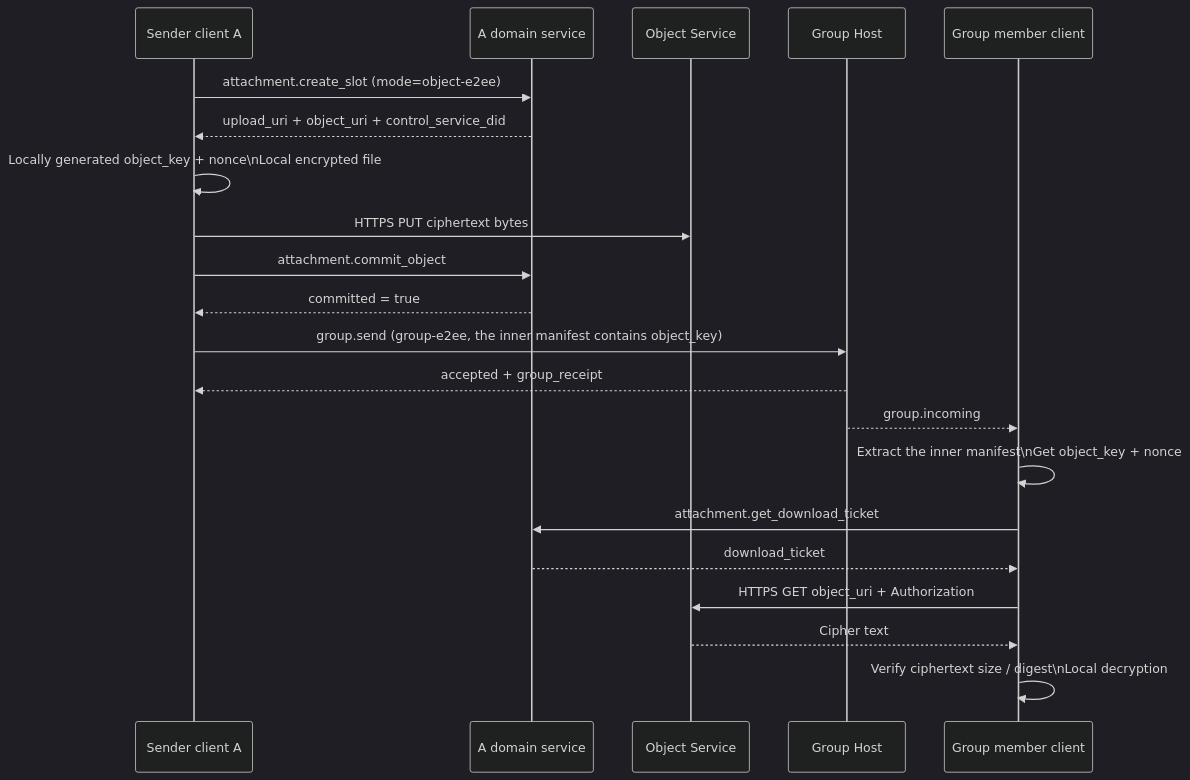
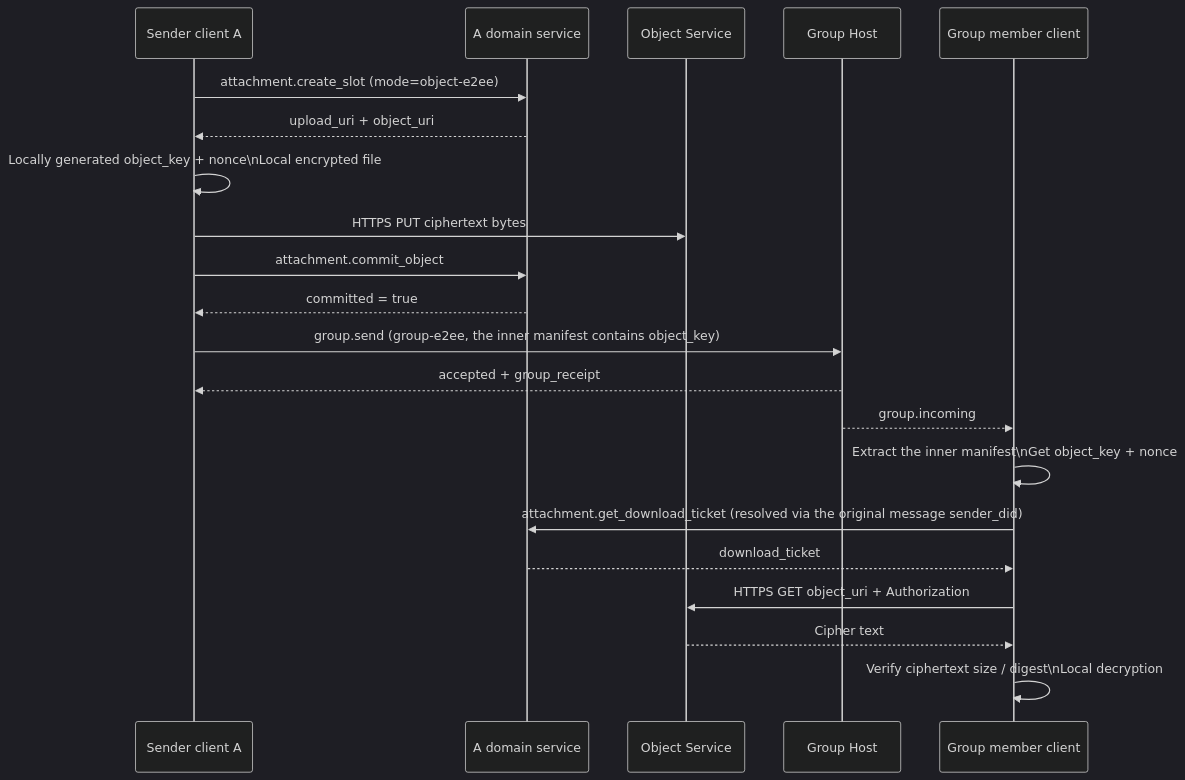
The fifth of 5 diagrams in message/07-attachments-and-object-transfer.md (NeatNerdPrime/AgentNetworkProtocol), drawn with Mermaid (dark theme) before and after one commit. The commit also changed other lines of this file and 3 other files, not shown here.

````diff
--- a/message/07-attachments-and-object-transfer.md
+++ b/message/07-attachments-and-object-transfer.md
@@ -273,24 +273,24 @@
 ```mermaid
 sequenceDiagram
     participant A as Sender client A
     participant AS as A domain service
     participant OS as Object Service
     participant GH as Group Host
     participant M as Group member client
 
     A->>AS: attachment.create_slot (mode=object-e2ee)
-    AS-->>A: upload_uri + object_uri + control_service_did
+    AS-->>A: upload_uri + object_uri
     A->>A: Locally generated object_key + nonce\nLocal encrypted file
     A->>OS: HTTPS PUT ciphertext bytes
     A->>AS: attachment.commit_object
     AS-->>A: committed = true
     A->>GH: group.send (group-e2ee, the inner manifest contains object_key)
     GH-->>A: accepted + group_receipt
     GH-->>M: group.incoming
     M->>M: Extract the inner manifest\nGet object_key + nonce
-    M->>AS: attachment.get_download_ticket
+    M->>AS: attachment.get_download_ticket (resolved via the original message sender_did)
     AS-->>M: download_ticket
     M->>OS: HTTPS GET object_uri + Authorization
     OS-->>M: Cipher text
     M->>M: Verify ciphertext size / digest\nLocal decryption
 ```
````
